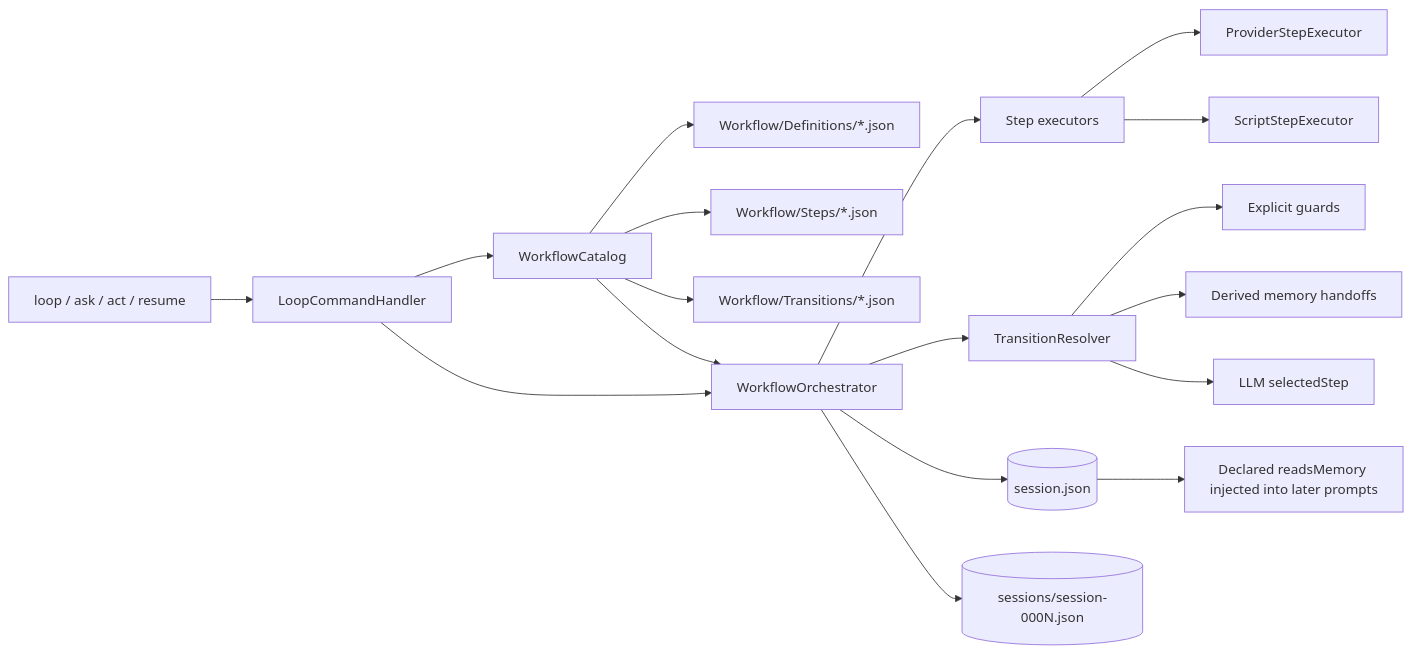
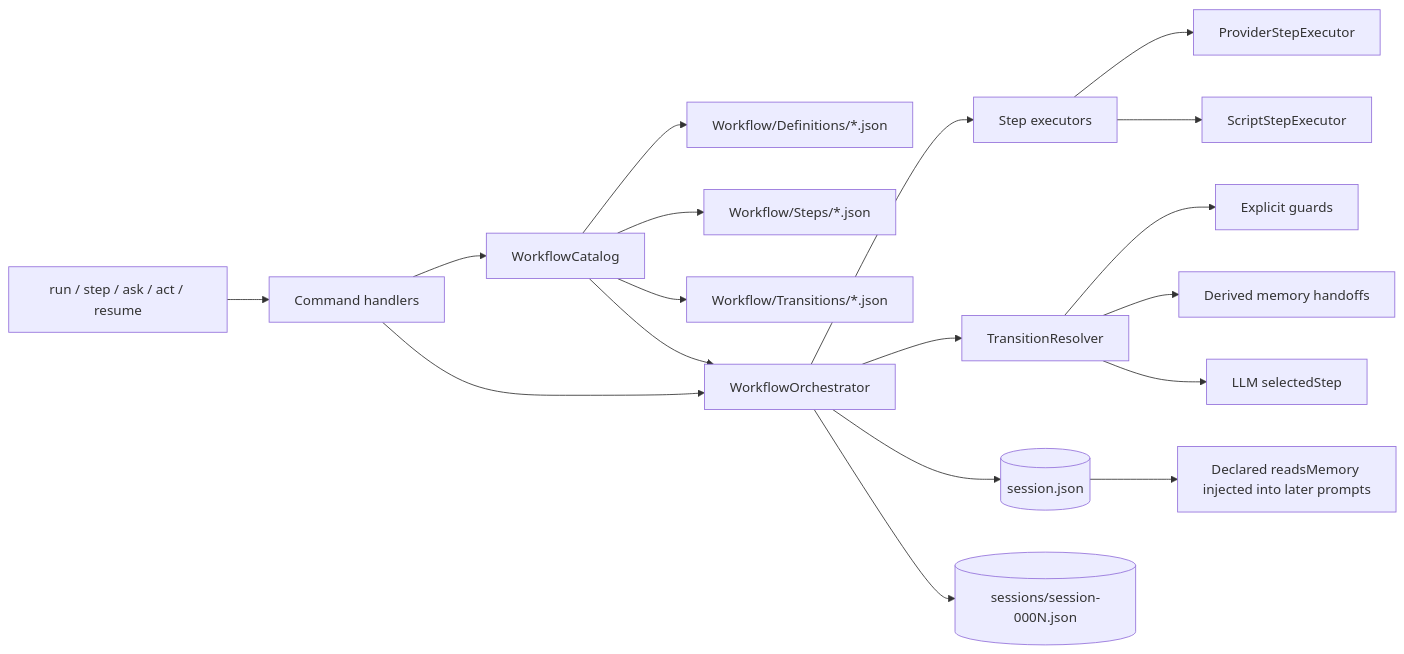
One commit to prometheus2D/WallyCode changed the second of 2 diagrams in ARCHITECTURE_DIAGRAMS.md. Above: the diagram before and after it, drawn with Mermaid. The commit also changed 23 other files, not shown here.

````diff
--- a/ARCHITECTURE_DIAGRAMS.md
+++ b/ARCHITECTURE_DIAGRAMS.md
@@ -48,20 +48,20 @@
 ```mermaid
 flowchart LR
-    CLI[loop / ask / act / resume] --> Handler[LoopCommandHandler]
+    CLI[run / step / ask / act / resume] --> Handler[Command handlers]
     Handler --> Catalog[WorkflowCatalog]
     Catalog --> Definitions[Workflow/Definitions/*.json]
     Catalog --> Steps[Workflow/Steps/*.json]
     Catalog --> Transitions[Workflow/Transitions/*.json]
     Handler --> Orchestrator[WorkflowOrchestrator]
     Catalog --> Orchestrator
     Orchestrator --> Executors[Step executors]
     Executors --> ProviderStep[ProviderStepExecutor]
     Executors --> ScriptStep[ScriptStepExecutor]
     Orchestrator --> Resolver[TransitionResolver]
     Resolver --> Guards[Explicit guards]
     Resolver --> Handoffs[Derived memory handoffs]
     Resolver --> Selection[LLM selectedStep]
     Orchestrator --> Session[(session.json)]
     Orchestrator --> Snapshots[(sessions/session-000N.json)]
     Session --> PromptMemory[Declared readsMemory injected into later prompts]
 ```
````
